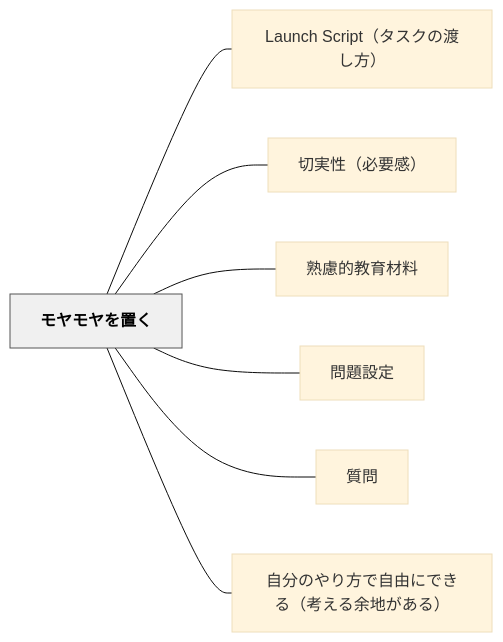
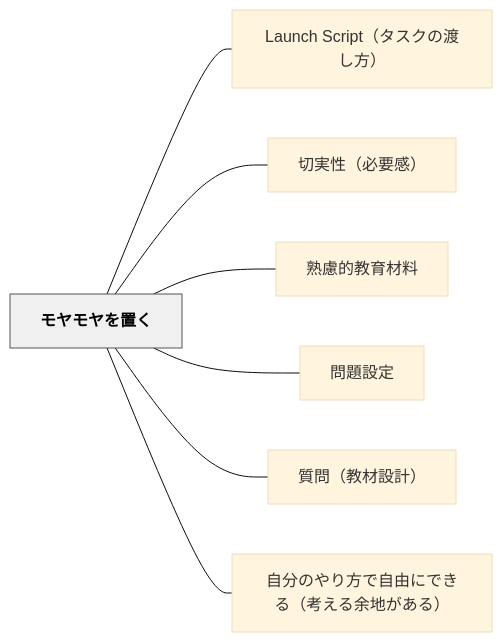
Before and after one commit to unknownthings-ed-patterns/unknownthings-ed-patterns: the diagram in content/パタン/モヤモヤを置く.md, drawn with Mermaid (base theme). The commit also changed other lines of this file and 9 other files, not shown here.

````diff
--- a/content/パタン/モヤモヤを置く.md
+++ b/content/パタン/モヤモヤを置く.md
@@ -47,20 +47,20 @@
 ```mermaid
 flowchart LR
     ne383a2e383a4e383a2e383a4e38292e7bdaee3818f["モヤモヤを置く"]
     n4c61756e636820536372697074efbc88e382bfe382b9e382afe381aee6b8a1e38197e696b9efbc89["Launch Script（タスクの渡し方）"]
     ne58887e5ae9fe680a7efbc88e5bf85e8a681e6849fefbc89["切実性（必要感）"]
     ne7869fe685aee79a84e69599e882b2e69d90e69699["熟慮的教育材料"]
     ne5958fe9a18ce8a8ade5ae9a["問題設定"]
-    ne8b3aae5958f["質問"]
+    ne8b3aae5958fefbc88e69599e69d90e8a8ade8a888efbc89["質問（教材設計）"]
     ne887aae58886e381aee38284e3828ae696b9e381a7e887aae794b1e381abe381a7e3818de3828befbc88e88083e38188e3828be4bd99e59cb0e3818ce38182e3828befbc89["自分のやり方で自由にできる（考える余地がある）"]
 
     ne383a2e383a4e383a2e383a4e38292e7bdaee3818f --- n4c61756e636820536372697074efbc88e382bfe382b9e382afe381aee6b8a1e38197e696b9efbc89
     ne383a2e383a4e383a2e383a4e38292e7bdaee3818f --- ne58887e5ae9fe680a7efbc88e5bf85e8a681e6849fefbc89
     ne383a2e383a4e383a2e383a4e38292e7bdaee3818f --- ne7869fe685aee79a84e69599e882b2e69d90e69699
     ne383a2e383a4e383a2e383a4e38292e7bdaee3818f --- ne5958fe9a18ce8a8ade5ae9a
-    ne383a2e383a4e383a2e383a4e38292e7bdaee3818f --- ne8b3aae5958f
+    ne383a2e383a4e383a2e383a4e38292e7bdaee3818f --- ne8b3aae5958fefbc88e69599e69d90e8a8ade8a888efbc89
     ne383a2e383a4e383a2e383a4e38292e7bdaee3818f --- ne887aae58886e381aee38284e3828ae696b9e381a7e887aae794b1e381abe381a7e3818de3828befbc88e88083e38188e3828be4bd99e59cb0e3818ce38182e3828befbc89
 
     classDef hub fill:#f0f0f0,stroke:#555,color:#000,font-weight:bold
     class ne383a2e383a4e383a2e383a4e38292e7bdaee3818f hub
 ```
````
